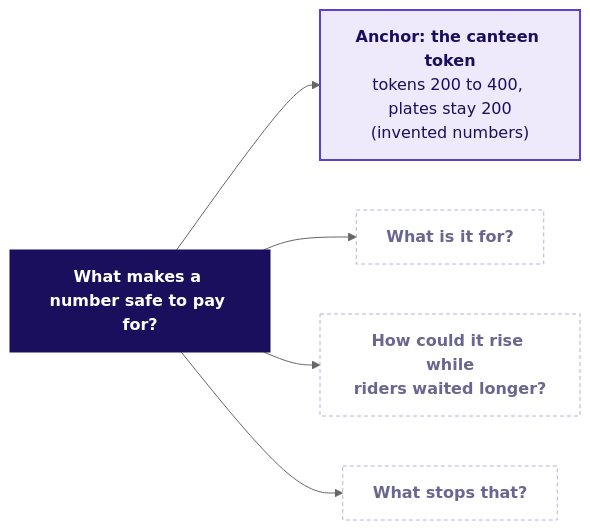
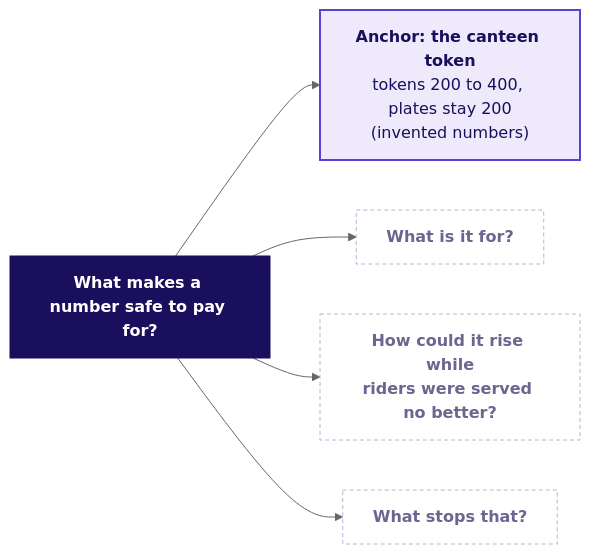
One commit to fde-academy-lab/c2-content-factory changed the second of 12 diagrams in content/W04/D1/whiteboards/C2_W04_D01_board_work_STUDENT.md. Above: the diagram before and after it, drawn with Mermaid (neutral theme). The commit also changed other lines of this file and 8 other files, not shown here.

````diff
--- a/content/W04/D1/whiteboards/C2_W04_D01_board_work_STUDENT.md
+++ b/content/W04/D1/whiteboards/C2_W04_D01_board_work_STUDENT.md
@@ -65,18 +65,18 @@
 ```mermaid
 flowchart LR
     Q["<b>What makes a number safe to pay for?</b>"]
     A["<b>Anchor: the canteen token</b><br/>tokens 200 to 400, plates stay 200<br/>(invented numbers)"]
     Q1["<b>What is it for?</b>"]
-    Q2["<b>How could it rise while<br/>riders waited longer?</b>"]
+    Q2["<b>How could it rise while<br/>riders were served no better?</b>"]
     Q3["<b>What stops that?</b>"]
     Q --> A
     Q --> Q1
     Q --> Q2
     Q --> Q3
     classDef lit fill:#1A0F5C,stroke:#1A0F5C,color:#FFFFFF
     classDef known fill:#EEEAFB,stroke:#5B3FD6,color:#1A0F5C,stroke-width:2px
     classDef unknown fill:#FFFFFF,stroke:#B8B2D6,color:#6B6690,stroke-dasharray:4 3
     class Q lit
     class A known
     class Q1,Q2,Q3 unknown
 ```
````
